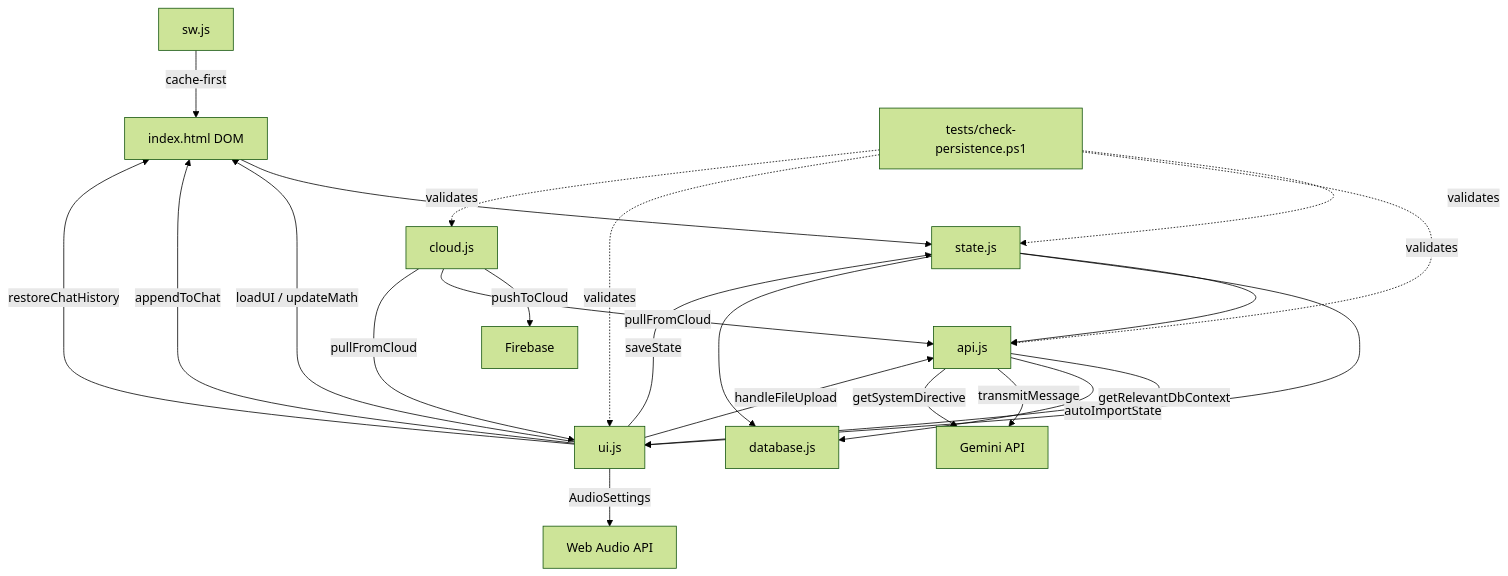
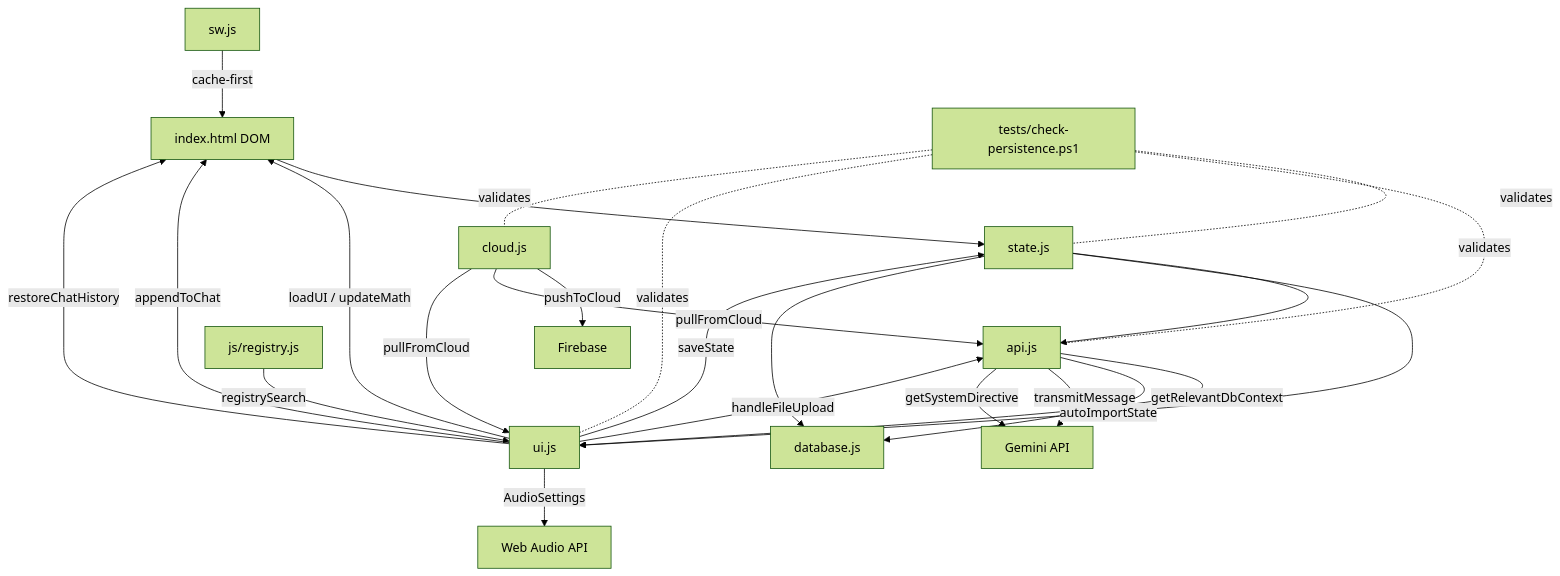
Before and after one commit to zerckzzyHD/Robco-UOS: the diagram in ARCHITECTURE.md, drawn with Mermaid (forest theme). The commit also changed other lines of this file and 1 other file, not shown here.

First line of the commit message:
docs: update ARCHITECTURE, changelog, README for v1.6.5 Phase 4

````diff
--- a/ARCHITECTURE.md
+++ b/ARCHITECTURE.md
@@ -550,30 +590,32 @@
 ```mermaid
 graph TD
     A[index.html DOM] --> B[state.js]
     B --> C[api.js]
     B --> D[ui.js]
     B --> E[database.js]
 
     C -->|autoImportState| D
     C -->|getRelevantDbContext| E
     C -->|transmitMessage| F[Gemini API]
     C -->|getSystemDirective| F
 
     D -->|loadUI / updateMath| A
     D -->|saveState| B
     D -->|appendToChat| A
     D -->|AudioSettings| G[Web Audio API]
     D -->|handleFileUpload| C
     D -->|restoreChatHistory| A
 
     H[cloud.js] -->|pushToCloud| I[Firebase]
     H -->|pullFromCloud| C
     H -->|pullFromCloud| D
 
     J[sw.js] -->|cache-first| A
 
-    K[tests/check-persistence.ps1] -.->|validates| B
-    K -.->|validates| C
-    K -.->|validates| D
-    K -.->|validates| H
+    K[tests/check-persistence.ps1] -.-|validates| B
+    K -.-|validates| C
+    K -.-|validates| D
+    K -.-|validates| H
+
+    L[js/registry.js] -->|registrySearch| D
 ```
````
